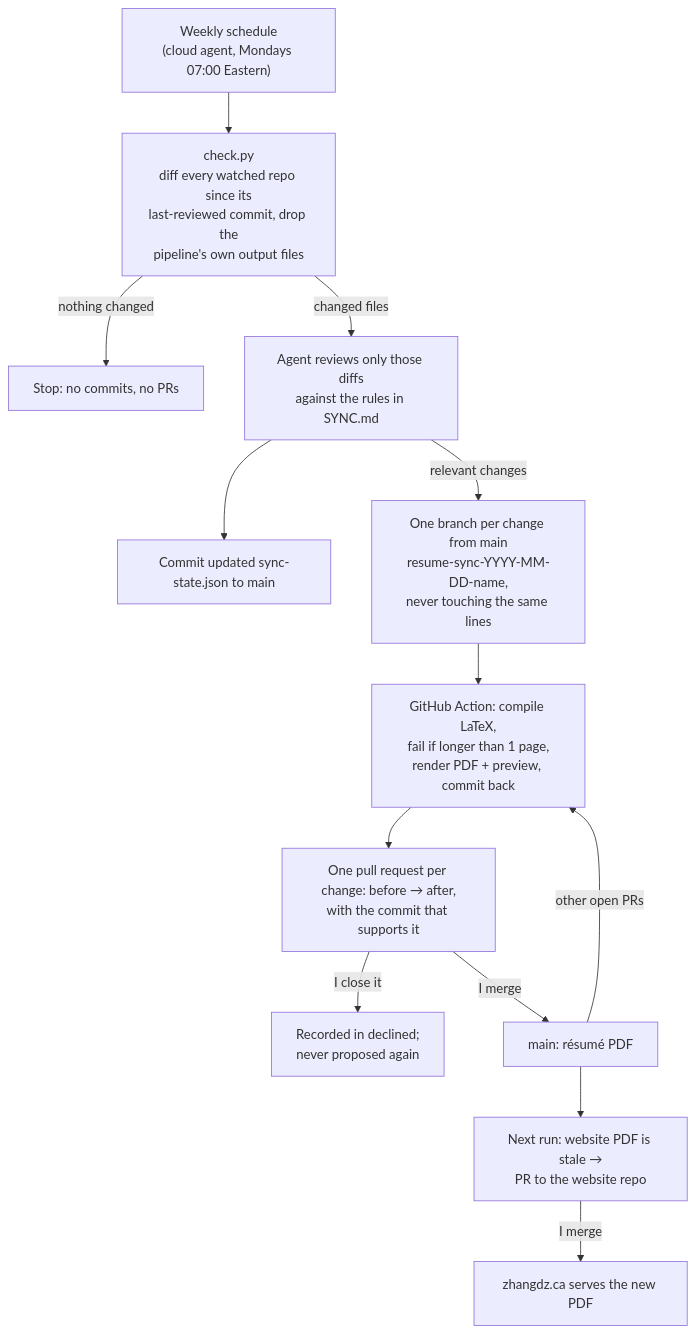
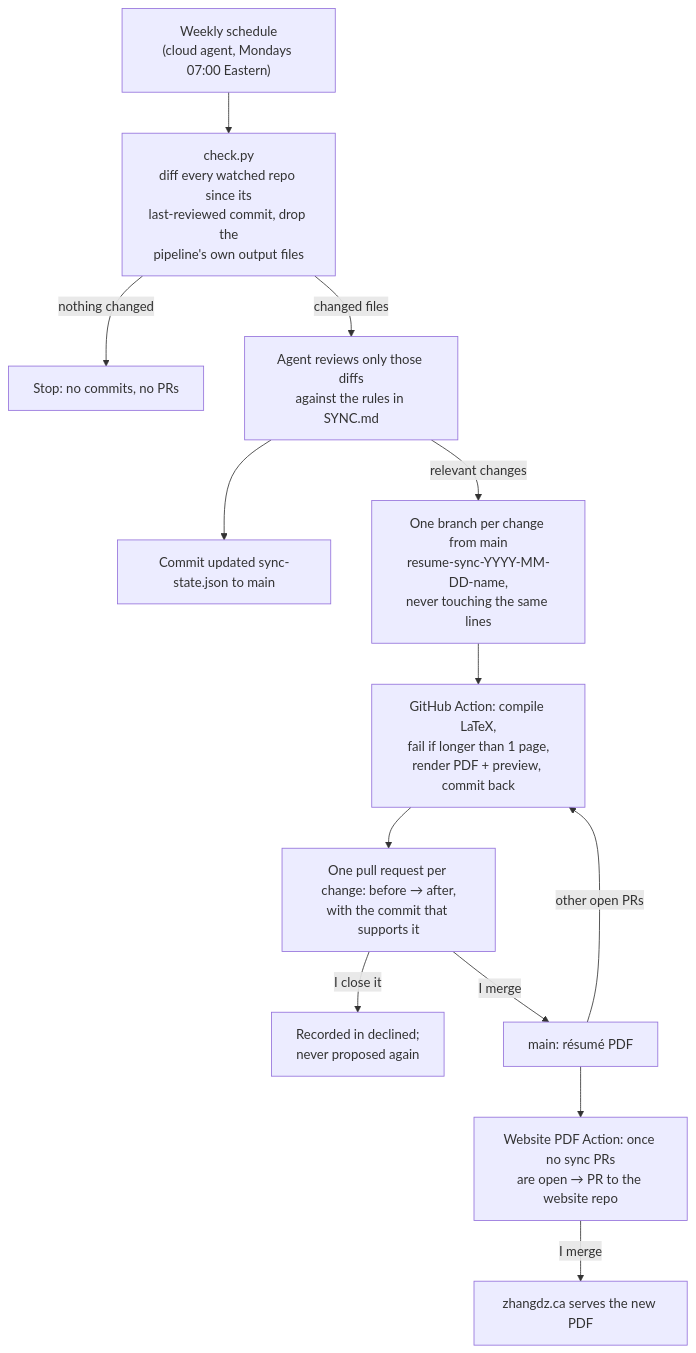
One commit to danielzhang122/resume-sync changed the diagram in docs/PIPELINE.md. Above: the diagram before and after it, drawn with Mermaid. The commit also changed other lines of this file and 7 other files, not shown here.

First line of the commit message:
Automate website PDF update proposals after sync reviews close

````diff
--- a/docs/PIPELINE.md
+++ b/docs/PIPELINE.md
@@ -20,15 +20,15 @@
 ```mermaid
 flowchart TD
     A["Weekly schedule<br/>(cloud agent, Mondays 07:00 Eastern)"] --> B["check.py<br/>diff every watched repo since its<br/>last-reviewed commit, drop the<br/>pipeline's own output files"]
     B -->|nothing changed| Z["Stop: no commits, no PRs"]
     B -->|changed files| C["Agent reviews only those diffs<br/>against the rules in SYNC.md"]
     C --> S["Commit updated sync-state.json to main"]
     C -->|relevant changes| D["One branch per change from main<br/>resume-sync-YYYY-MM-DD-name,<br/>never touching the same lines"]
     D --> E["GitHub Action: compile LaTeX,<br/>fail if longer than 1 page,<br/>render PDF + preview, commit back"]
     E --> F["One pull request per change: before → after,<br/>with the commit that supports it"]
     F -->|I close it| X["Recorded in declined;<br/>never proposed again"]
     F -->|I merge| G["main: résumé PDF"]
     G -->|other open PRs| E
-    G --> H["Next run: website PDF is stale →<br/>PR to the website repo"]
+    G --> H["Website PDF Action: once no sync PRs<br/>are open → PR to the website repo"]
     H -->|I merge| I["zhangdz.ca serves the new PDF"]
 ```
````
